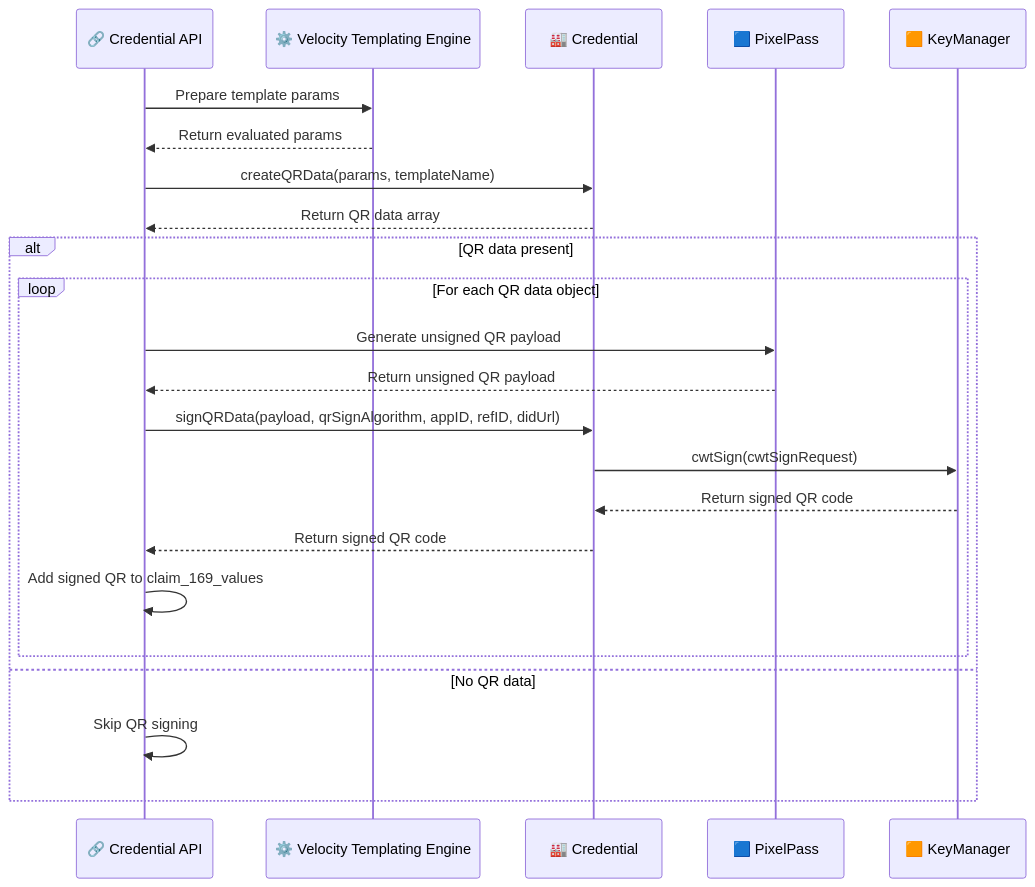
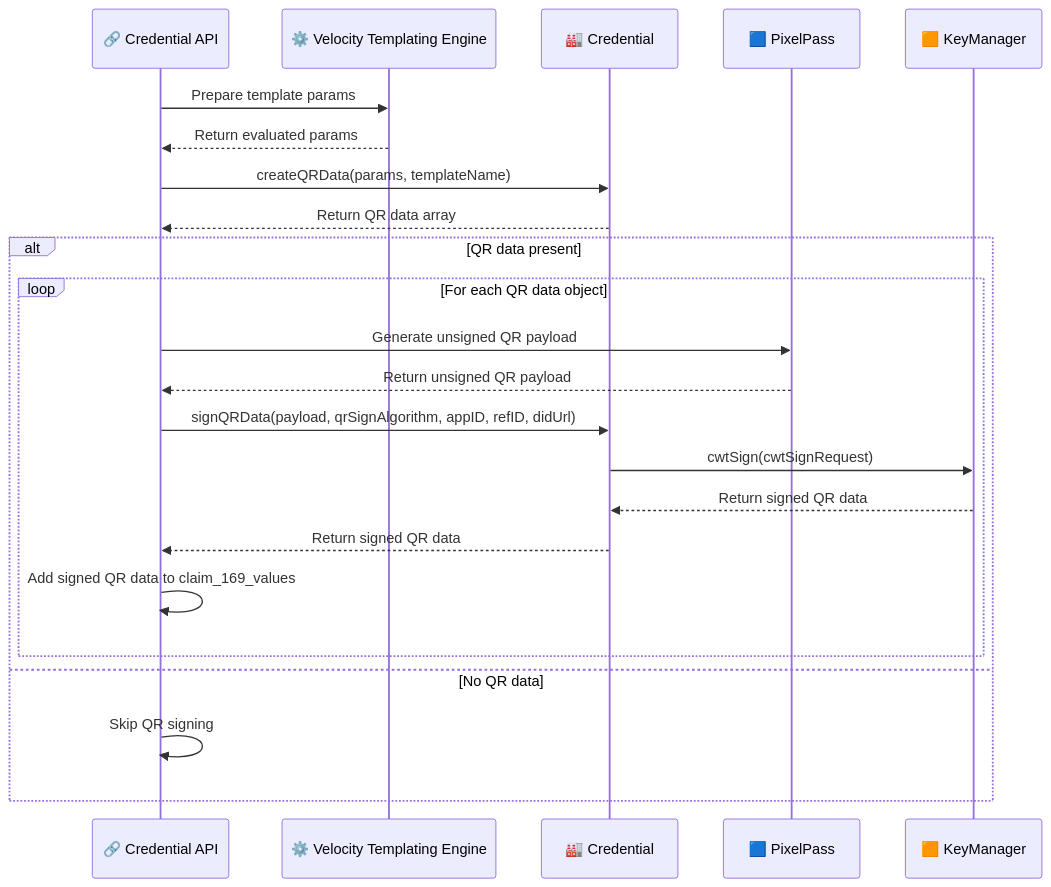
The diagram in docs/Claim-169-QR-Code-Support.md (inji/inji-certify), drawn with Mermaid before and after one commit.

Commit message:
[INJICERT-1228] Some fixes in sequence diagram

````diff
--- a/docs/Claim-169-QR-Code-Support.md
+++ b/docs/Claim-169-QR-Code-Support.md
@@ -164,28 +164,28 @@
 ```mermaid
 sequenceDiagram
     participant CredentialAPI as 🔗 Credential API
     participant VelocityTemplatingEngine as ⚙️ Velocity Templating Engine
     participant Credential as 🏭 Credential
     participant PixelPass as 🟦 PixelPass
     participant KeyManager as 🟧 KeyManager
 
     CredentialAPI->>VelocityTemplatingEngine: Prepare template params
     VelocityTemplatingEngine-->>CredentialAPI: Return evaluated params
 
     CredentialAPI->>Credential: createQRData(params, templateName)
     Credential-->>CredentialAPI: Return QR data array
 
     alt QR data present
         loop For each QR data object
             CredentialAPI->>PixelPass: Generate unsigned QR payload
             PixelPass-->>CredentialAPI: Return unsigned QR payload
             CredentialAPI->>Credential: signQRData(payload, qrSignAlgorithm, appID, refID, didUrl)
             Credential->>KeyManager: cwtSign(cwtSignRequest)
-            KeyManager-->>Credential: Return signed QR code
-            Credential-->>CredentialAPI: Return signed QR code
-            CredentialAPI->>CredentialAPI: Add signed QR to claim_169_values
+            KeyManager-->>Credential: Return signed QR data
+            Credential-->>CredentialAPI: Return signed QR data
+            CredentialAPI->>CredentialAPI: Add signed QR data to claim_169_values
         end
     else No QR data
         CredentialAPI->>CredentialAPI: Skip QR signing
     end
 ```
````
